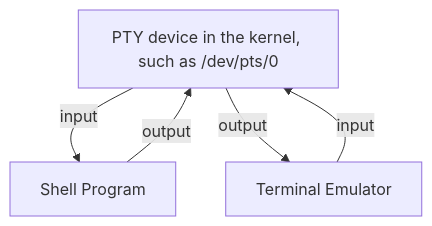
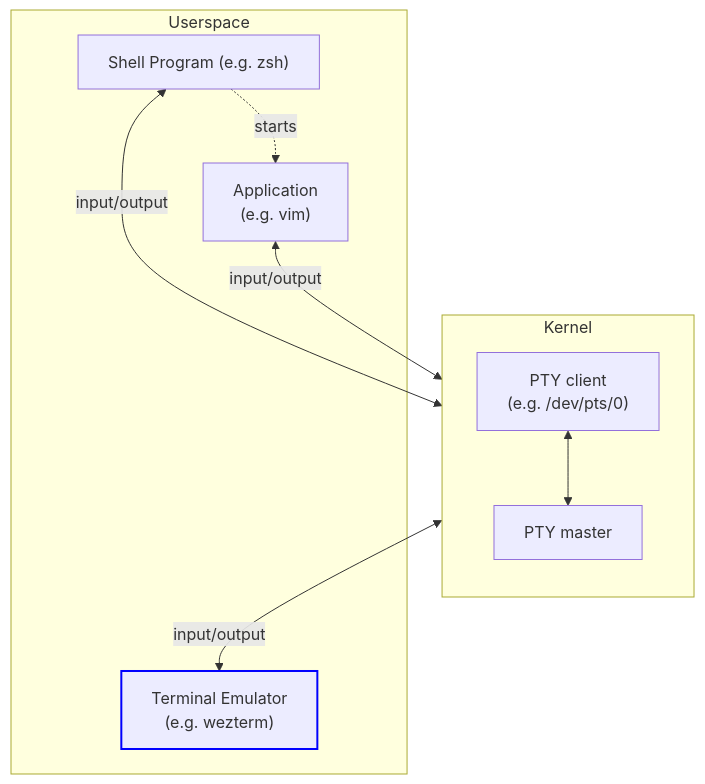
The third of 3 diagrams in docs/what-is-a-terminal.md (wez/wezterm), drawn with Mermaid before and after one commit. The commit also changed other lines of this file, not shown here.

Commit message:
docs: improve visualizations in TTY and PTY explanations

````diff
--- a/docs/what-is-a-terminal.md
+++ b/docs/what-is-a-terminal.md
@@ -210,7 +223,17 @@
 ```mermaid
-graph TD
-   PTY[PTY device in the kernel, such as /dev/pts/0] -- input --> SHELL[Shell Program]
-   TE[Terminal Emulator] -- input --> PTY
-   SHELL -- output --> PTY
-   PTY -- output --> TE
+flowchart 
+    subgraph Kernel
+        direction TB
+        PTYC["PTY client\n(e.g. /dev/pts/0)"] 
+        PTYM[PTY master]
+        PTYC <--> PTYM
+    end
+    
+    subgraph Userspace
+    SHELL["Shell Program (e.g. zsh)"] <-- input/output --> PTYC
+    SHELL -. "starts" .-> APP
+    APP["Application\n(e.g. vim)"] <-- input/output --> PTYC
+    PTYM  <-- input/output -->  TE["Terminal Emulator\n(e.g. wezterm)"]:::wezterm
+    classDef wezterm stroke:#00F,stroke-width:2px
+    end
 ```
````
